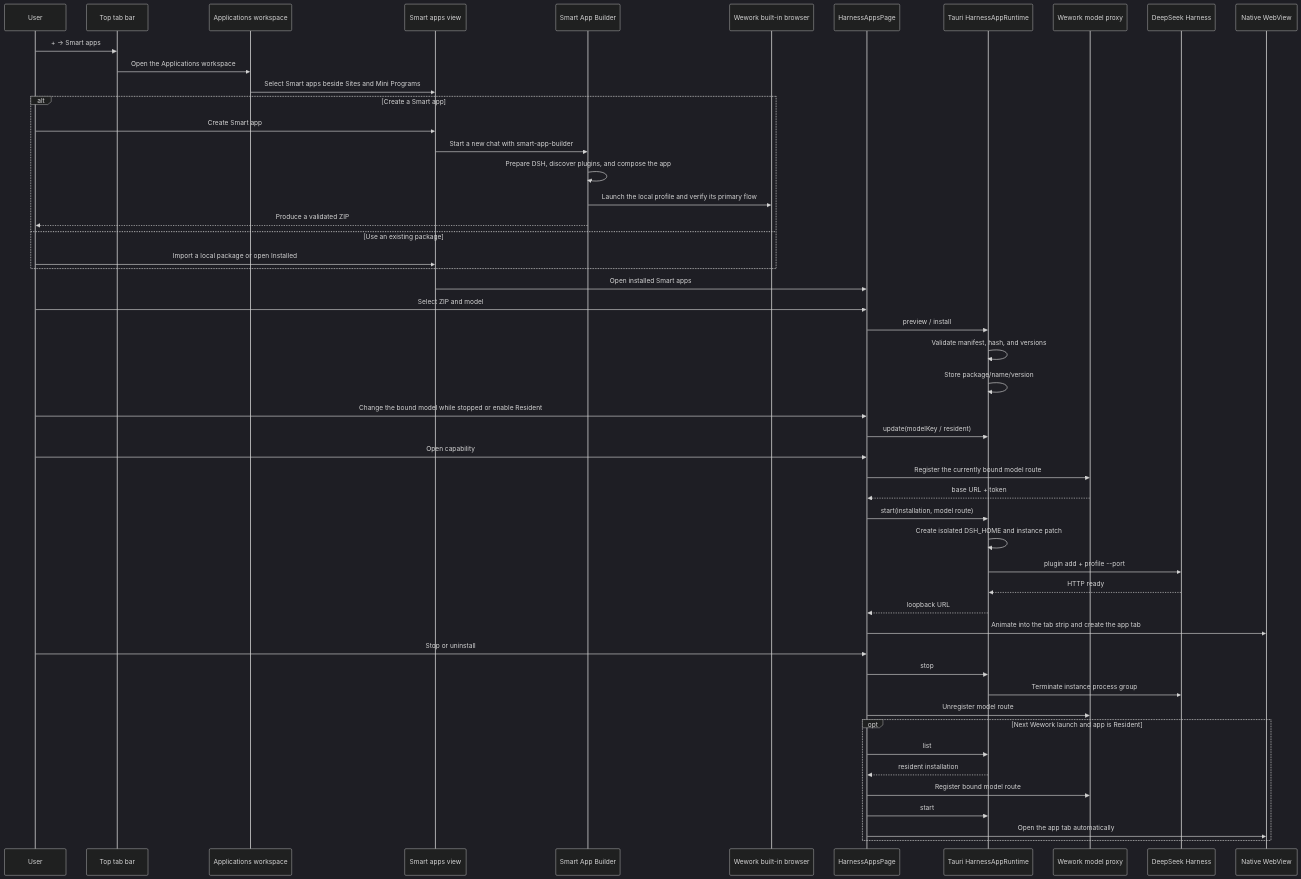
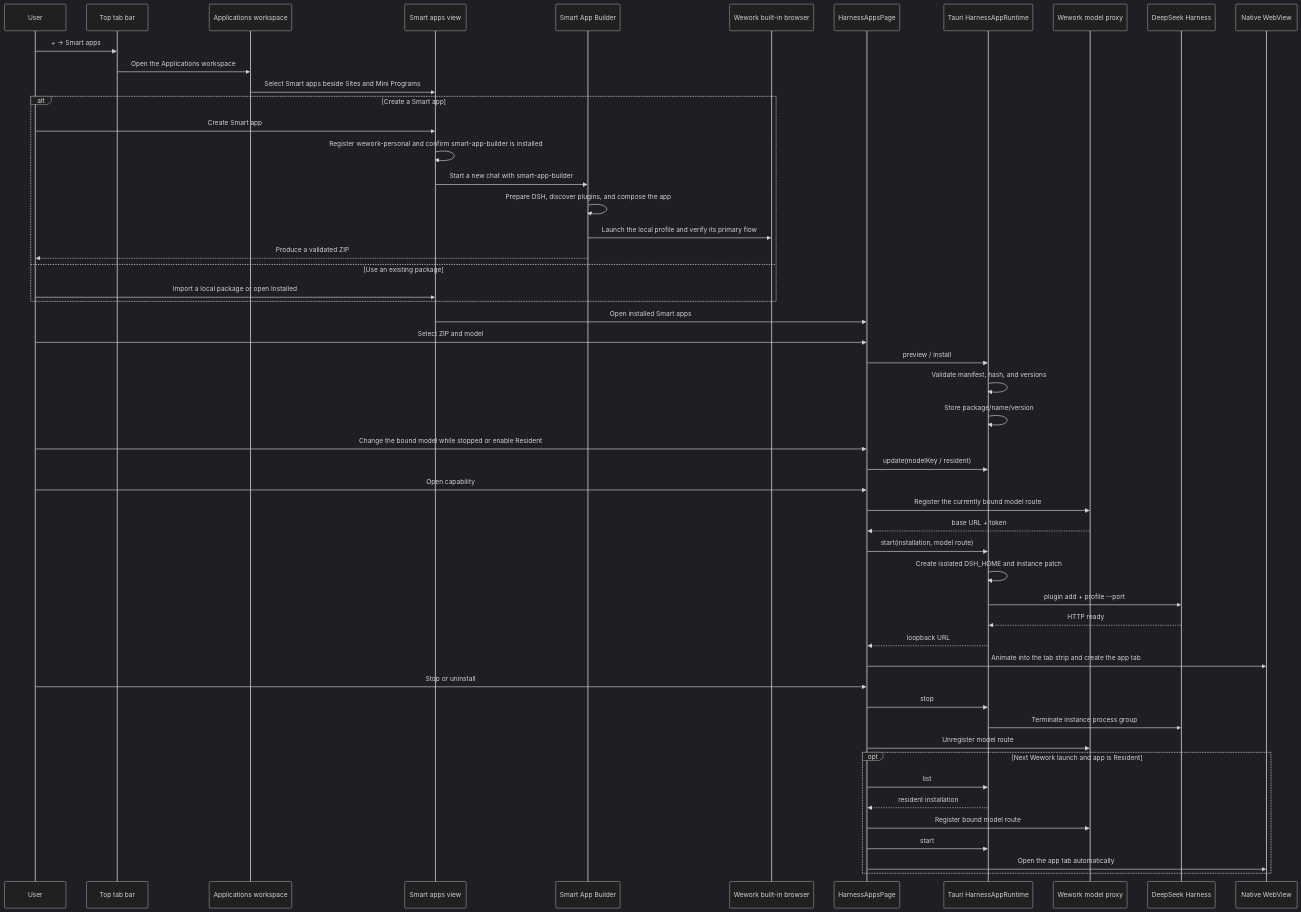
The second of 2 diagrams in docs/architecture/deepseek-harness-apps.md (wecode-ai/wegent-docs), drawn with Mermaid (dark theme) before and after one commit. The commit also changed other lines of this file and 1 other file, not shown here.

````diff
--- a/docs/architecture/deepseek-harness-apps.md
+++ b/docs/architecture/deepseek-harness-apps.md
@@ -47,55 +48,56 @@
 ```mermaid
 sequenceDiagram
     participant U as User
     participant C as Top tab bar
     participant A as Applications workspace
     participant M as Smart apps view
     participant B as Smart App Builder
     participant WB as Wework built-in browser
     participant UI as HarnessAppsPage
     participant T as Tauri HarnessAppRuntime
     participant P as Wework model proxy
     participant D as DeepSeek Harness
     participant W as Native WebView
 
     U->>C: + → Smart apps
     C->>A: Open the Applications workspace
     A->>M: Select Smart apps beside Sites and Mini Programs
     alt Create a Smart app
         U->>M: Create Smart app
+        M->>M: Register wework-personal and confirm smart-app-builder is installed
         M->>B: Start a new chat with smart-app-builder
         B->>B: Prepare DSH, discover plugins, and compose the app
         B->>WB: Launch the local profile and verify its primary flow
         B-->>U: Produce a validated ZIP
     else Use an existing package
         U->>M: Import a local package or open Installed
     end
     M->>UI: Open installed Smart apps
     U->>UI: Select ZIP and model
     UI->>T: preview / install
     T->>T: Validate manifest, hash, and versions
     T->>T: Store package/name/version
     U->>UI: Change the bound model while stopped or enable Resident
     UI->>T: update(modelKey / resident)
     U->>UI: Open capability
     UI->>P: Register the currently bound model route
     P-->>UI: base URL + token
     UI->>T: start(installation, model route)
     T->>T: Create isolated DSH_HOME and instance patch
     T->>D: plugin add + profile --port
     D-->>T: HTTP ready
     T-->>UI: loopback URL
     UI->>W: Animate into the tab strip and create the app tab
     U->>UI: Stop or uninstall
     UI->>T: stop
     T->>D: Terminate instance process group
     UI->>P: Unregister model route
 
     opt Next Wework launch and app is Resident
         UI->>T: list
         T-->>UI: resident installation
         UI->>P: Register bound model route
         UI->>T: start
         UI->>W: Open the app tab automatically
     end
 ```
````
